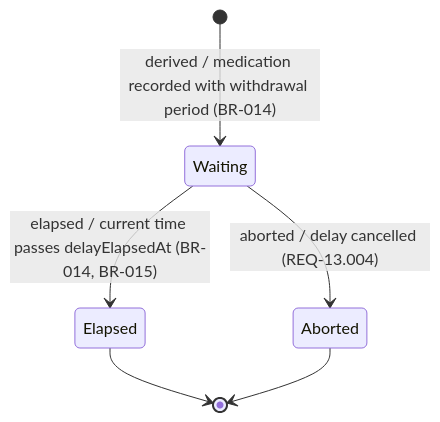
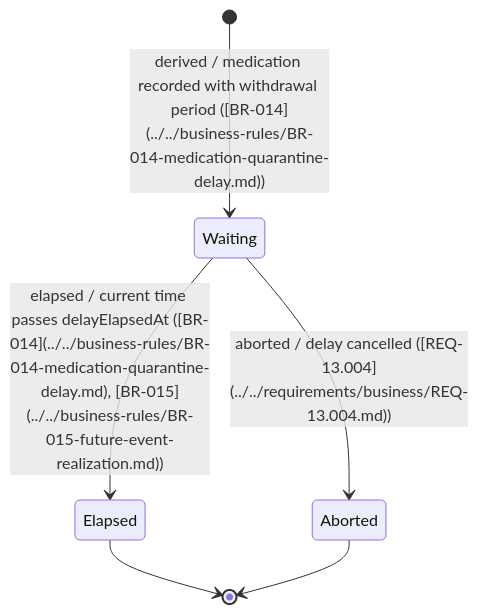
The diagram in docs/domain-model/object-model/waiting-delay-state-diagram.md (lyndametref/geep), drawn with Mermaid before and after one commit. The commit also changed other lines of this file and 94 other files, not shown here.

````diff
--- a/docs/domain-model/object-model/waiting-delay-state-diagram.md
+++ b/docs/domain-model/object-model/waiting-delay-state-diagram.md
@@ -23,8 +23,8 @@
 ```mermaid
 stateDiagram-v2
-    [*] --> Waiting : derived / medication recorded with withdrawal period (BR-014)
-    Waiting --> Elapsed : elapsed / current time passes delayElapsedAt (BR-014, BR-015)
-    Waiting --> Aborted : aborted / delay cancelled (REQ-13.004)
+    [*] --> Waiting : derived / medication recorded with withdrawal period ([BR-014](../../business-rules/BR-014-medication-quarantine-delay.md))
+    Waiting --> Elapsed : elapsed / current time passes delayElapsedAt ([BR-014](../../business-rules/BR-014-medication-quarantine-delay.md), [BR-015](../../business-rules/BR-015-future-event-realization.md))
+    Waiting --> Aborted : aborted / delay cancelled ([REQ-13.004](../../requirements/business/REQ-13.004.md))
     Elapsed --> [*]
     Aborted --> [*]
 ```
````
